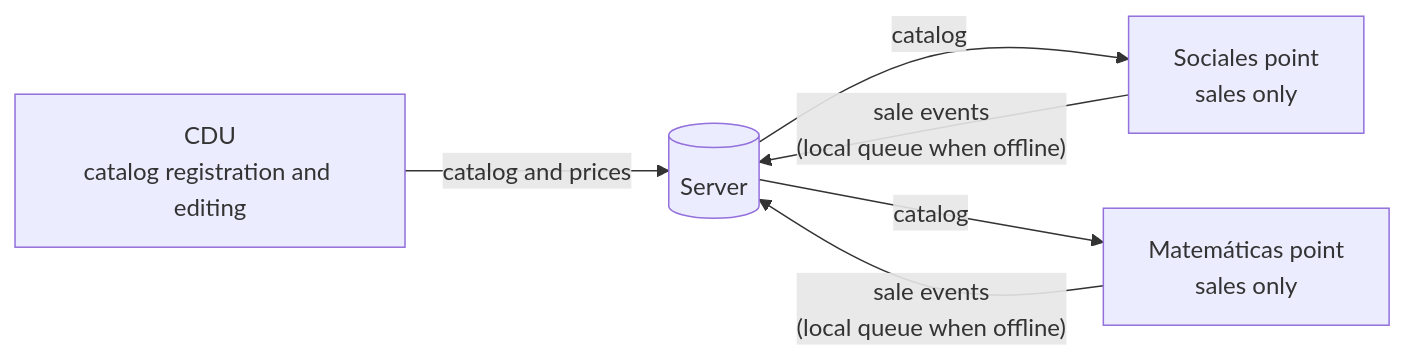
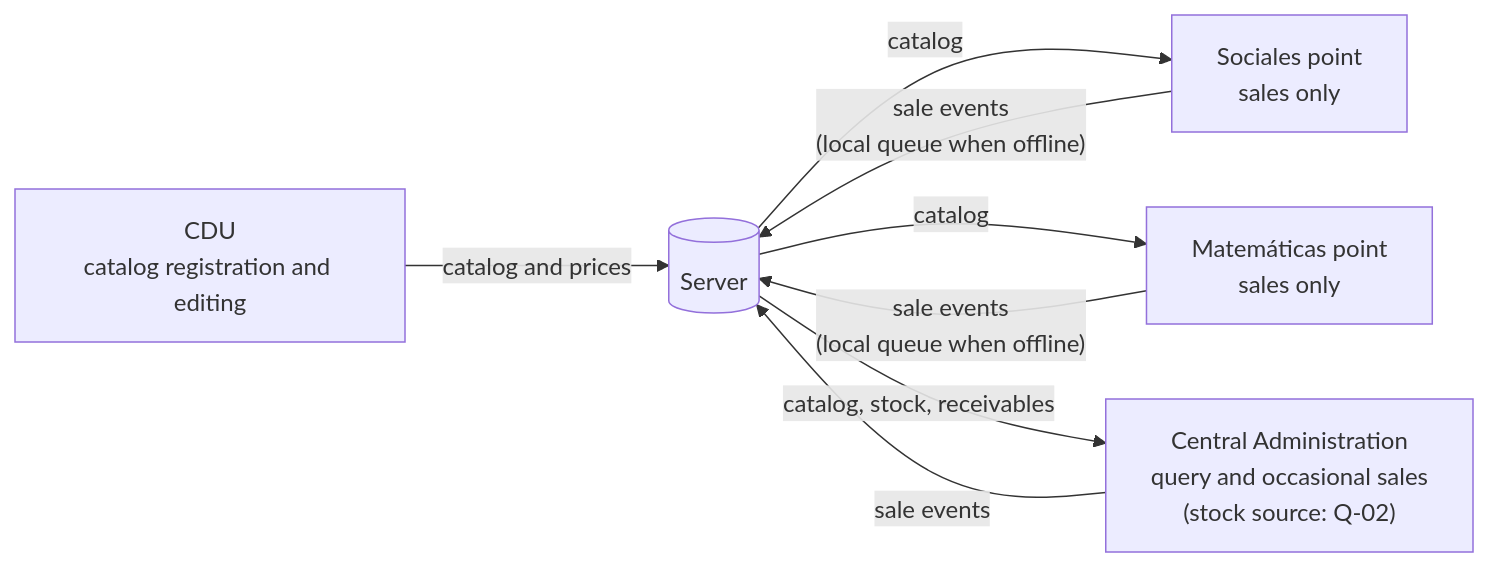
One commit to Alambrep/boutique-fmat-pos changed the diagram in docs/01-definition/project-definition.md. Above: the diagram before and after it, drawn with Mermaid. The commit also changed other lines of this file, not shown here.

````diff
--- a/docs/01-definition/project-definition.md
+++ b/docs/01-definition/project-definition.md
@@ -127,8 +128,10 @@
 ```mermaid
 flowchart LR
   CDU["CDU<br/>catalog registration and editing"] -- "catalog and prices" --> S[("Server")]
   S -- "catalog" --> SOC["Sociales point<br/>sales only"]
   S -- "catalog" --> MAT["Matemáticas point<br/>sales only"]
+  S -- "catalog, stock, receivables" --> ADM["Central Administration<br/>query and occasional sales<br/>(stock source: Q-02)"]
   SOC -- "sale events<br/>(local queue when offline)" --> S
   MAT -- "sale events<br/>(local queue when offline)" --> S
+  ADM -- "sale events" --> S
 ```
````
